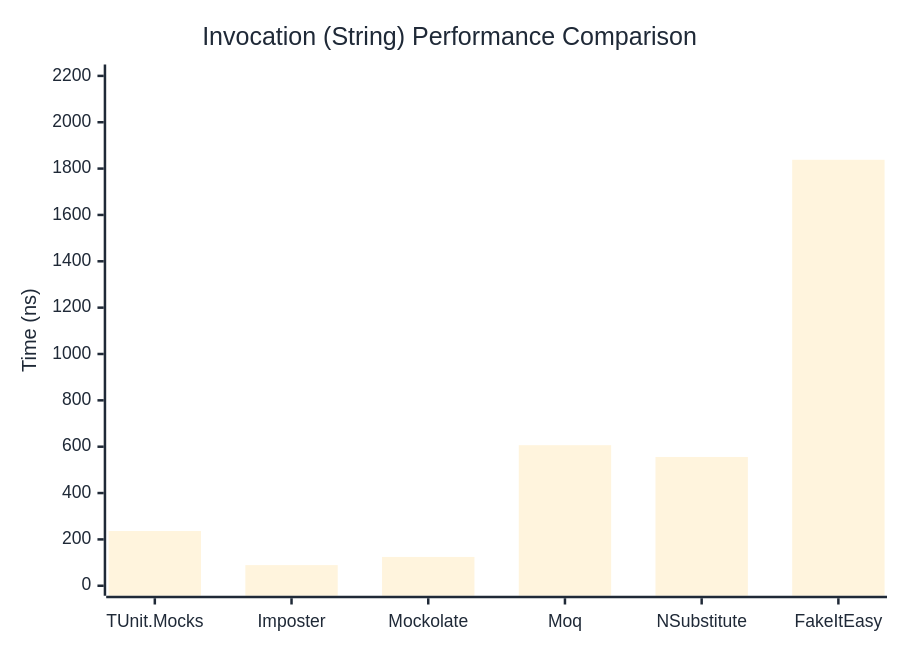
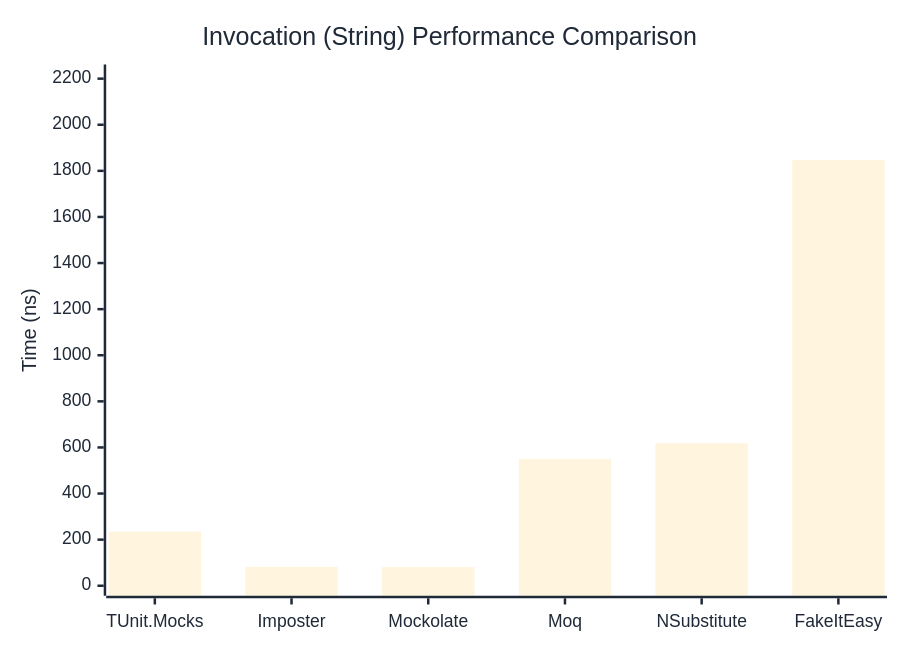
Before and after one commit to thomhurst/TUnit: the second of 3 diagrams in docs/docs/benchmarks/mocks/Invocation.md, drawn with Mermaid. The commit also changed other lines of this file and 14 other files, not shown here.

````diff
--- a/docs/docs/benchmarks/mocks/Invocation.md
+++ b/docs/docs/benchmarks/mocks/Invocation.md
@@ -71,27 +71,27 @@
 ```mermaid
 %%{init: {
   'theme':'base',
   'themeVariables': {
     'primaryColor': '#2563eb',
     'primaryTextColor': '#1f2937',
     'primaryBorderColor': '#1e40af',
     'lineColor': '#6b7280',
     'secondaryColor': '#7c3aed',
     'tertiaryColor': '#dc2626',
     'background': '#ffffff',
     'pie1': '#2563eb',
     'pie2': '#7c3aed',
     'pie3': '#dc2626',
     'pie4': '#f59e0b',
     'pie5': '#10b981',
     'pie6': '#06b6d4',
     'pie7': '#ec4899',
     'pie8': '#6366f1'
   }
 }}%%
 xychart-beta
   title "Invocation (String) Performance Comparison"
   x-axis ["TUnit.Mocks", "Imposter", "Mockolate", "Moq", "NSubstitute", "FakeItEasy"]
-  y-axis "Time (ns)" 0 --> 2206
-  bar [236.16, 89.09, 124.35, 606.46, 555.68, 1837.95]
+  y-axis "Time (ns)" 0 --> 2218
+  bar [234.71, 82.36, 80.92, 549.62, 617.85, 1847.52]
 ```
````
